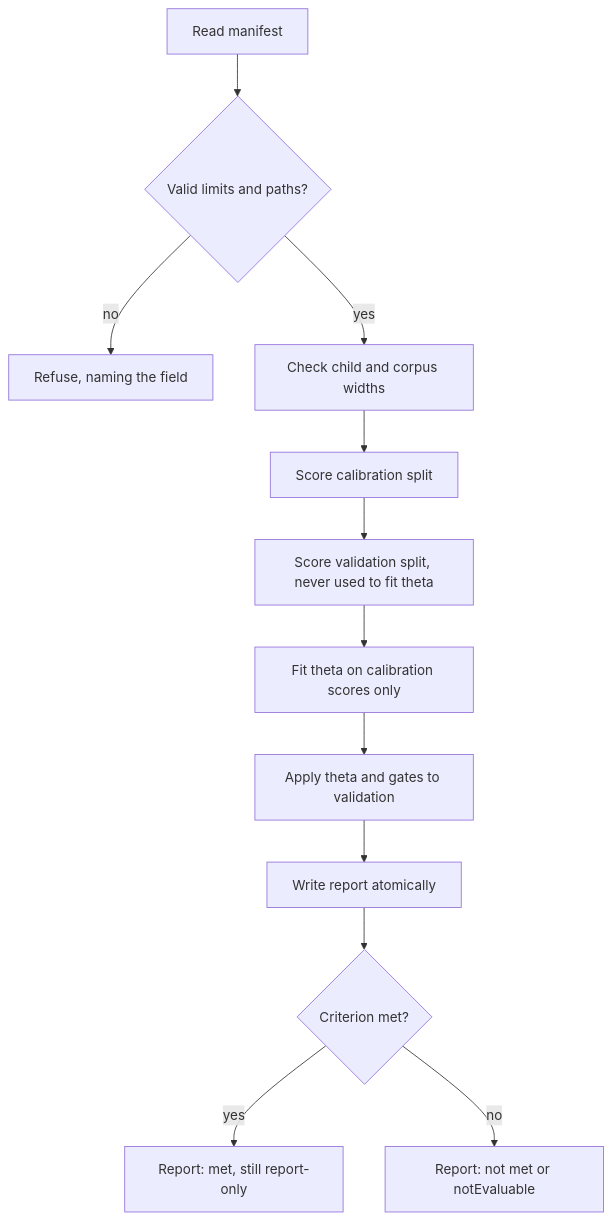
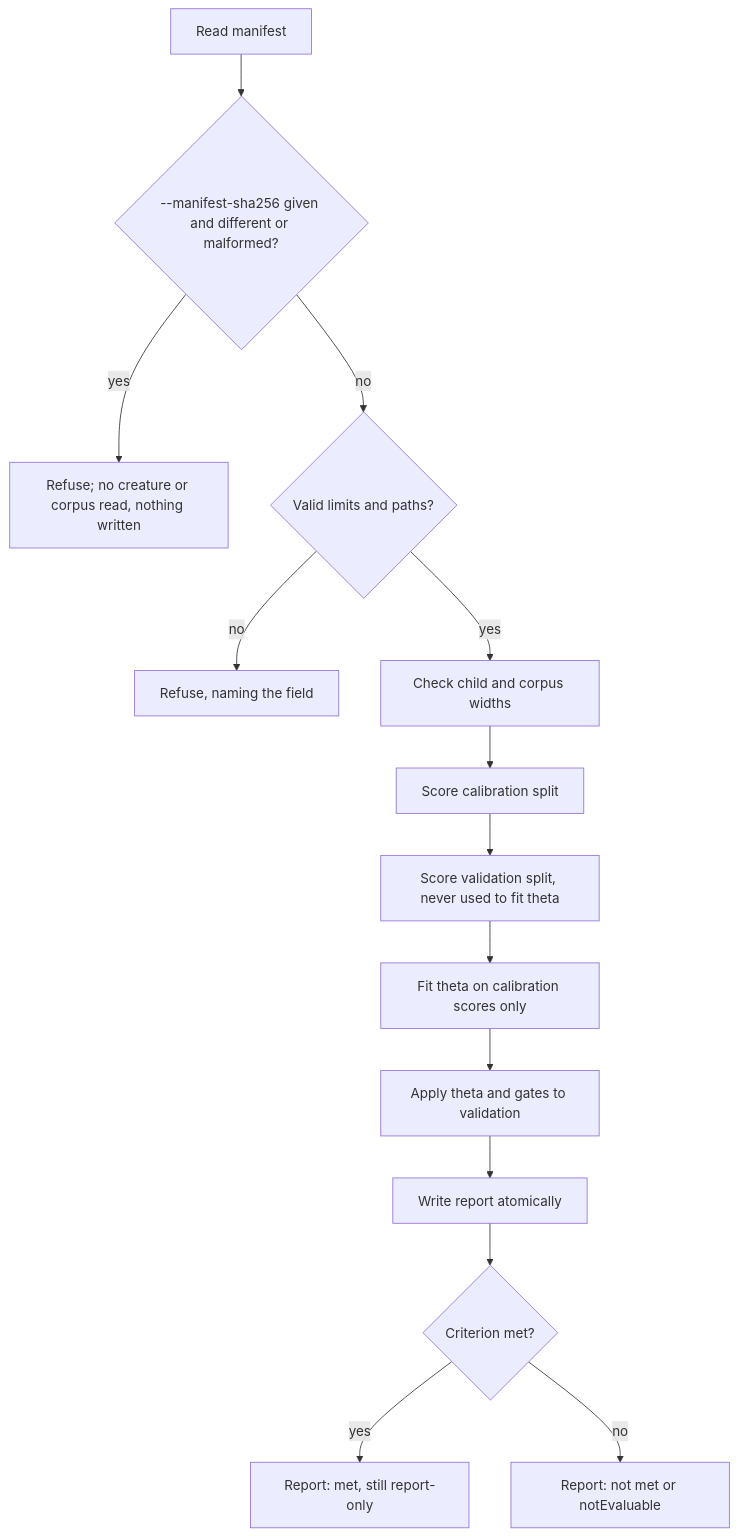
One commit to stSoftwareAU/NEAT-AI-Ockham changed the diagram in docs/preservation-audit.md. Above: the diagram before and after it, drawn with Mermaid. The commit also changed other lines of this file and 4 other files, not shown here.

First line of the commit message:
Freeze the preservation-audit manifest by SHA-256 (Issue #264)

````diff
--- a/docs/preservation-audit.md
+++ b/docs/preservation-audit.md
@@ -259,14 +289,16 @@
 ```mermaid
 flowchart TD
-    A[Read manifest] --> B{Valid limits and paths?}
+    A[Read manifest] --> Z{"--manifest-sha256 given and different or malformed?"}
+    Z -- yes --> X2["Refuse; no creature or corpus read, nothing written"]
+    Z -- no --> B{Valid limits and paths?}
     B -- no --> X[Refuse, naming the field]
     B -- yes --> C[Check child and corpus widths]
     C --> D[Score calibration split]
     D --> F[Score validation split, never used to fit theta]
     F --> E[Fit theta on calibration scores only]
     E --> G[Apply theta and gates to validation]
     G --> H[Write report atomically]
     H --> I{Criterion met?}
     I -- yes --> J[Report: met, still report-only]
     I -- no --> K[Report: not met or notEvaluable]
 ```
````
